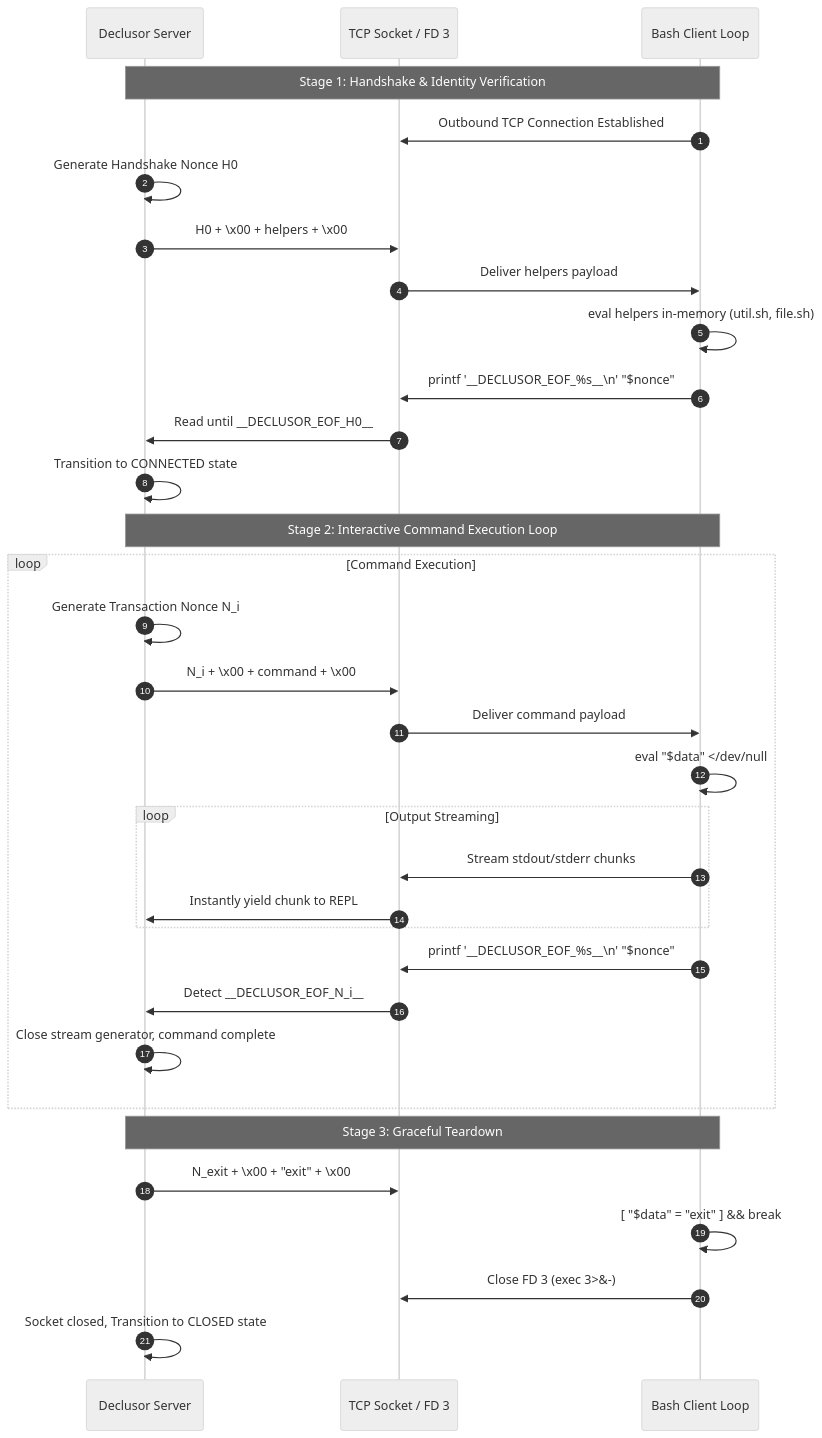
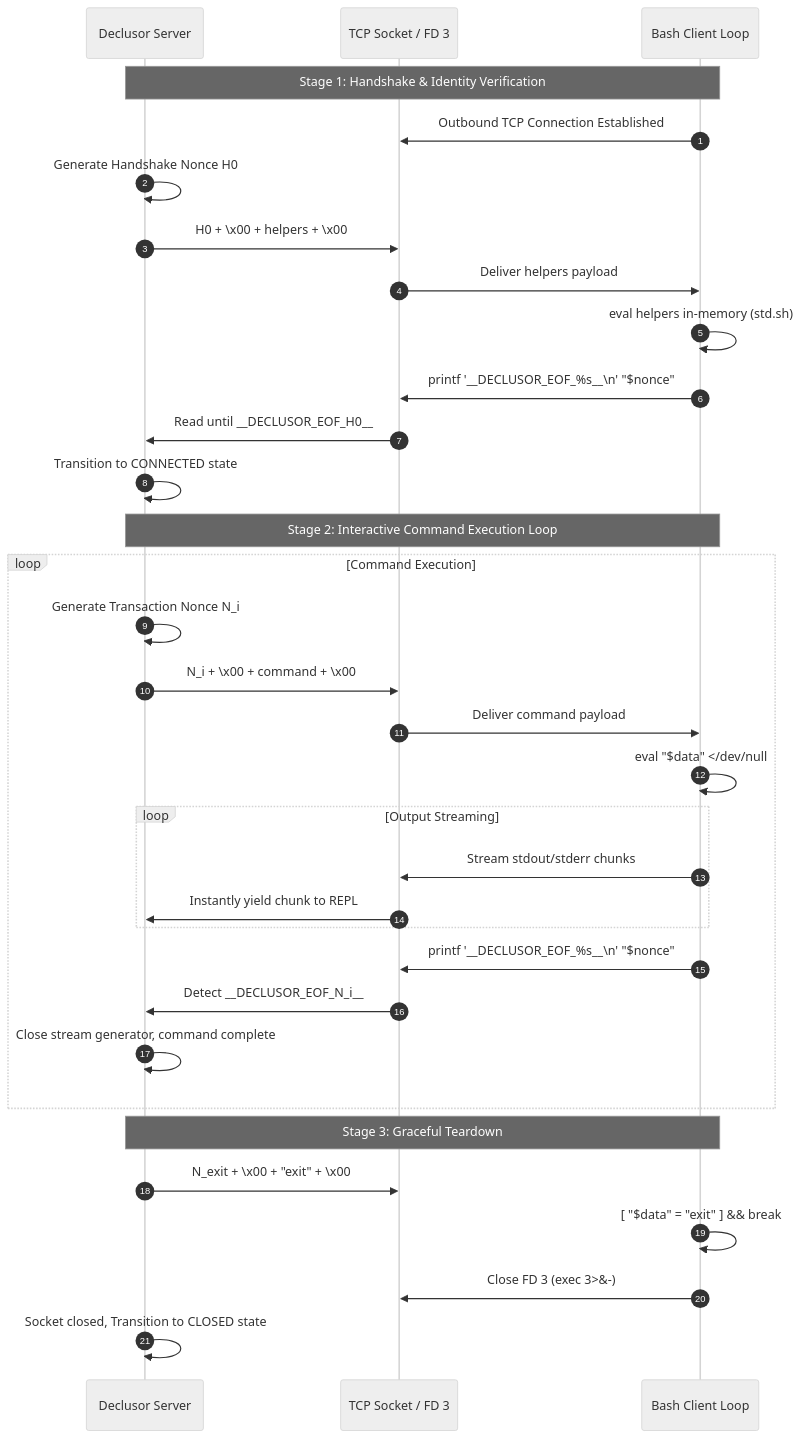
The first of 2 diagrams in plugins/shell_socket/PROTOCOL.md (othon-hugo/declusor), drawn with Mermaid (neutral theme) before and after one commit. The commit also changed 13 other files, not shown here.

First line of the commit message:
refactor(shell_socket): consolidate std.sh native helpers and align renderer

````diff
--- a/plugins/shell_socket/PROTOCOL.md
+++ b/plugins/shell_socket/PROTOCOL.md
@@ -73,38 +73,38 @@
 ```mermaid
 sequenceDiagram
     autonumber
     participant Server as Declusor Server
     participant Transport as TCP Socket / FD 3
     participant Client as Bash Client Loop
 
     Note over Server,Client: Stage 1: Handshake & Identity Verification
     Client->>Transport: Outbound TCP Connection Established
     Server->>Server: Generate Handshake Nonce H0
     Server->>Transport: H0 + \x00 + helpers + \x00
     Transport->>Client: Deliver helpers payload
-    Client->>Client: eval helpers in-memory (util.sh, file.sh)
+    Client->>Client: eval helpers in-memory (std.sh)
     Client->>Transport: printf '__DECLUSOR_EOF_%s__\n' "$nonce"
     Transport->>Server: Read until __DECLUSOR_EOF_H0__
     Server->>Server: Transition to CONNECTED state
 
     Note over Server,Client: Stage 2: Interactive Command Execution Loop
     loop Command Execution
         Server->>Server: Generate Transaction Nonce N_i
         Server->>Transport: N_i + \x00 + command + \x00
         Transport->>Client: Deliver command payload
         Client->>Client: eval "$data" </dev/null
         loop Output Streaming
             Client->>Transport: Stream stdout/stderr chunks
             Transport->>Server: Instantly yield chunk to REPL
         end
         Client->>Transport: printf '__DECLUSOR_EOF_%s__\n' "$nonce"
         Transport->>Server: Detect __DECLUSOR_EOF_N_i__
         Server->>Server: Close stream generator, command complete
     end
 
     Note over Server,Client: Stage 3: Graceful Teardown
     Server->>Transport: N_exit + \x00 + "exit" + \x00
     Client->>Client: [ "$data" = "exit" ] && break
     Client->>Transport: Close FD 3 (exec 3>&-)
     Server->>Server: Socket closed, Transition to CLOSED state
 ```
````
